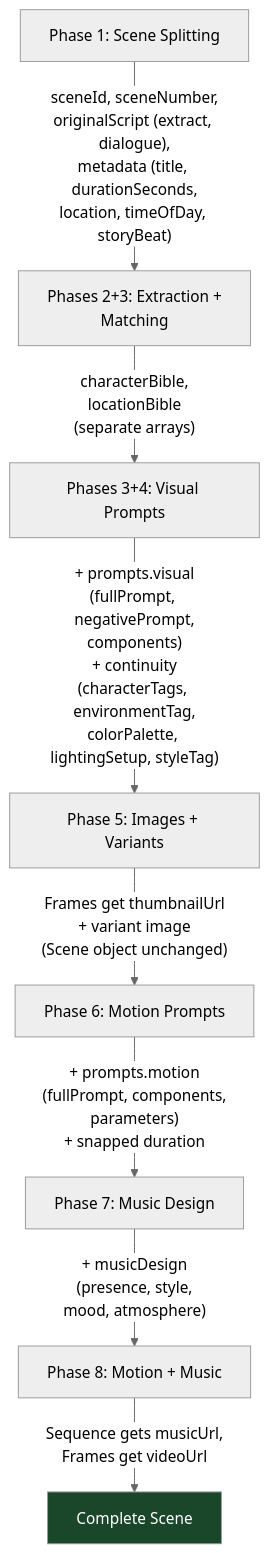
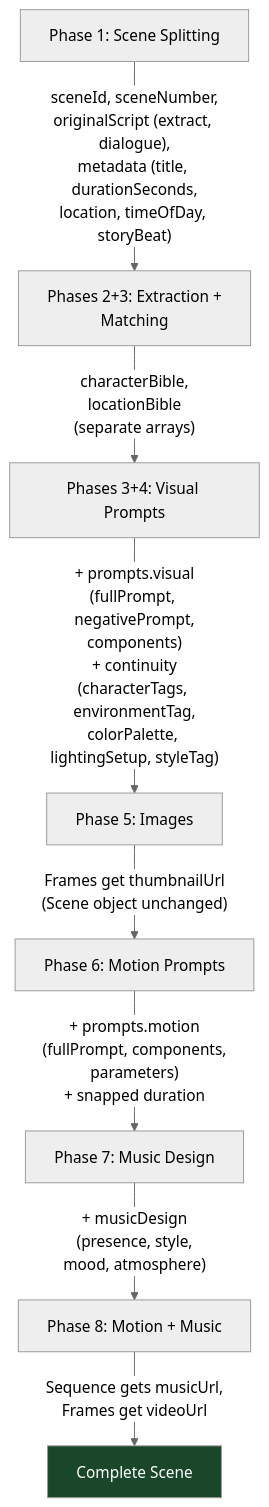
One commit to hhwjsw711/openstory changed the sixth of 6 diagrams in docs/workflow.md. Above: the diagram before and after it, drawn with Mermaid (neutral theme). The commit also changed other lines of this file and 2 other files, not shown here.

````diff
--- a/docs/workflow.md
+++ b/docs/workflow.md
@@ -431,12 +412,12 @@
 ```mermaid
 flowchart TD
     P1["Phase 1: Scene Splitting"] -->|"sceneId, sceneNumber,<br/>originalScript (extract, dialogue),<br/>metadata (title, durationSeconds,<br/>location, timeOfDay, storyBeat)"| P2
     P2["Phases 2+3: Extraction +<br/>Matching"] -->|"characterBible,<br/>locationBible<br/>(separate arrays)"| P3
     P3["Phases 3+4: Visual Prompts"] -->|"+ prompts.visual<br/>(fullPrompt, negativePrompt,<br/>components)<br/>+ continuity<br/>(characterTags, environmentTag,<br/>colorPalette, lightingSetup, styleTag)"| P5
-    P5["Phase 5: Images + Variants"] -->|"Frames get thumbnailUrl<br/>+ variant image<br/>(Scene object unchanged)"| P6
+    P5["Phase 5: Images"] -->|"Frames get thumbnailUrl<br/>(Scene object unchanged)"| P6
     P6["Phase 6: Motion Prompts"] -->|"+ prompts.motion<br/>(fullPrompt, components,<br/>parameters)<br/>+ snapped duration"| P7
     P7["Phase 7: Music Design"] -->|"+ musicDesign<br/>(presence, style,<br/>mood, atmosphere)"| P8
     P8["Phase 8: Motion + Music"] -->|"Sequence gets musicUrl,<br/>Frames get videoUrl"| Final["Complete Scene"]
 
     style Final fill:#1a472a,color:#fff
 ```
````
